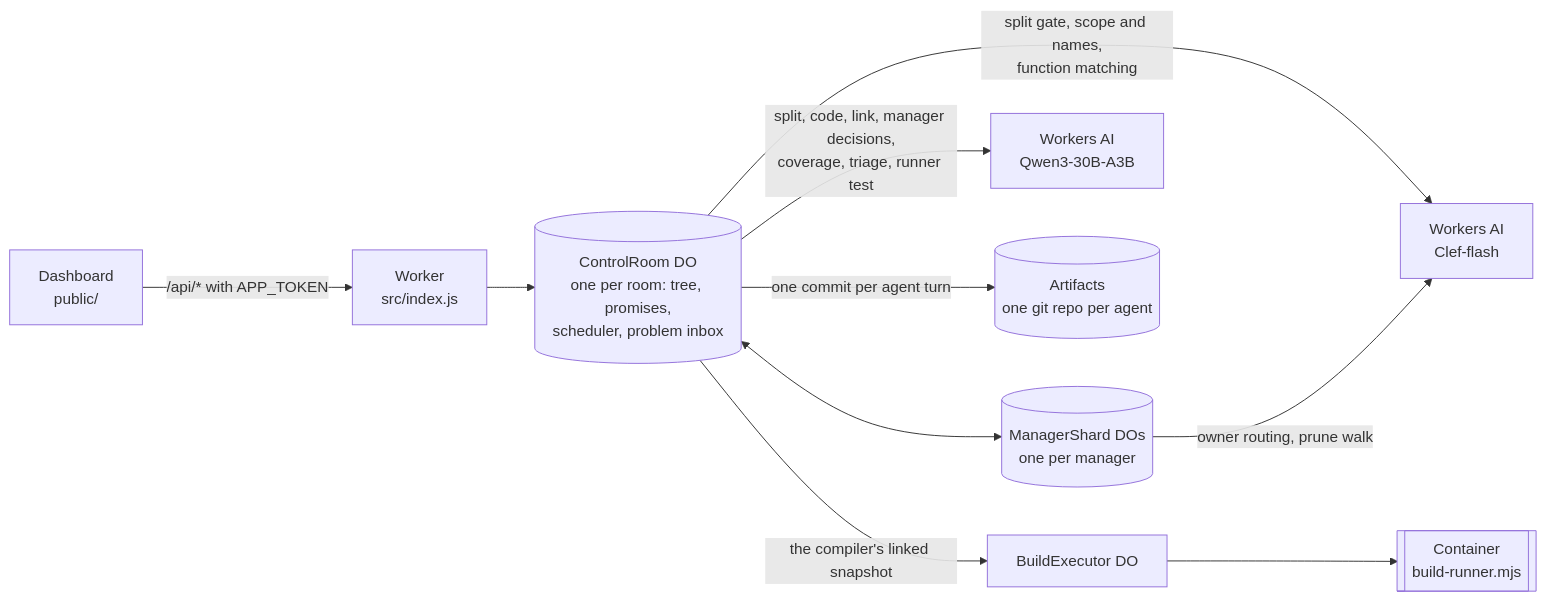
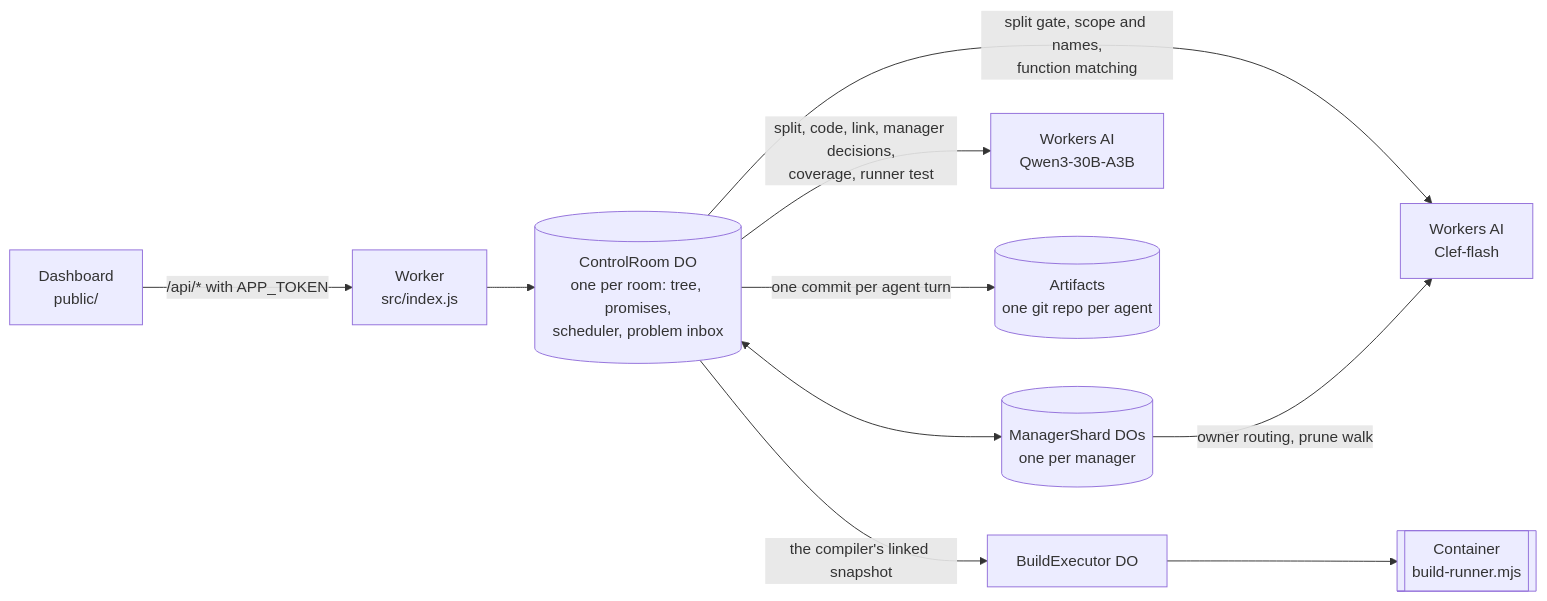
Before and after one commit to tyrtop-ai/cloudflare-comp: the first of 2 diagrams in docs/how-it-works.md, drawn with Mermaid. The commit also changed other lines of this file and 1 other file, not shown here.

````diff
--- a/docs/how-it-works.md
+++ b/docs/how-it-works.md
@@ -100,12 +101,12 @@
 ```mermaid
 flowchart LR
   browser["Dashboard<br/>public/"] -->|"/api/* with APP_TOKEN"| worker["Worker<br/>src/index.js"]
   worker --> room[("ControlRoom DO<br/>one per room: tree, promises,<br/>scheduler, problem inbox")]
   room <--> shard[("ManagerShard DOs<br/>one per manager")]
-  room -->|"split, code, link, manager decisions,<br/>coverage, triage, runner test"| qwen["Workers AI<br/>Qwen3-30B-A3B"]
+  room -->|"split, code, link, manager decisions,<br/>coverage, runner test"| qwen["Workers AI<br/>Qwen3-30B-A3B"]
   room -->|"split gate, scope and names,<br/>function matching"| clef["Workers AI<br/>Clef-flash"]
   shard -->|"owner routing, prune walk"| clef
   room -->|"one commit per agent turn"| artifacts[("Artifacts<br/>one git repo per agent")]
   room -->|"the compiler's linked snapshot"| exec["BuildExecutor DO"]
   exec --> container[["Container<br/>build-runner.mjs"]]
 ```
````
